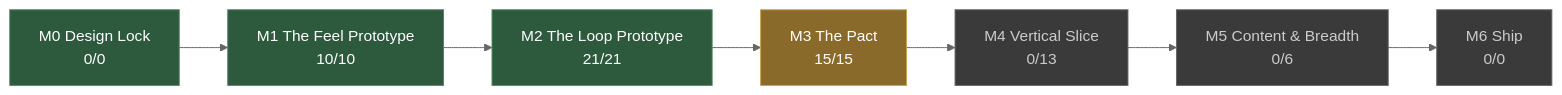
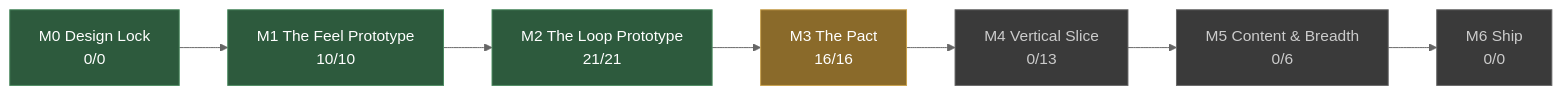
One commit to JoshuaGessner/she changed the diagram in docs/STATUS.md. Above: the diagram before and after it, drawn with Mermaid (neutral theme). The commit also changed other lines of this file and 15 other files, not shown here.

````diff
--- a/docs/STATUS.md
+++ b/docs/STATUS.md
@@ -13,19 +13,19 @@
 ```mermaid
 flowchart LR
   M0["M0 Design Lock<br/>0/0"]:::passed
   M1["M1 The Feel Prototype<br/>10/10"]:::passed
   M0 --> M1
   M2["M2 The Loop Prototype<br/>21/21"]:::passed
   M1 --> M2
-  M3["M3 The Pact<br/>15/15"]:::current
+  M3["M3 The Pact<br/>16/16"]:::current
   M2 --> M3
   M4["M4 Vertical Slice<br/>0/13"]:::ahead
   M3 --> M4
   M5["M5 Content & Breadth<br/>0/6"]:::ahead
   M4 --> M5
   M6["M6 Ship<br/>0/0"]:::ahead
   M5 --> M6
   classDef passed fill:#2d5a3d,stroke:#4a8a5f,color:#fff
   classDef current fill:#8a6a2a,stroke:#c8a04a,color:#fff
   classDef ahead fill:#3a3a3a,stroke:#666,color:#ccc
 ```
````
